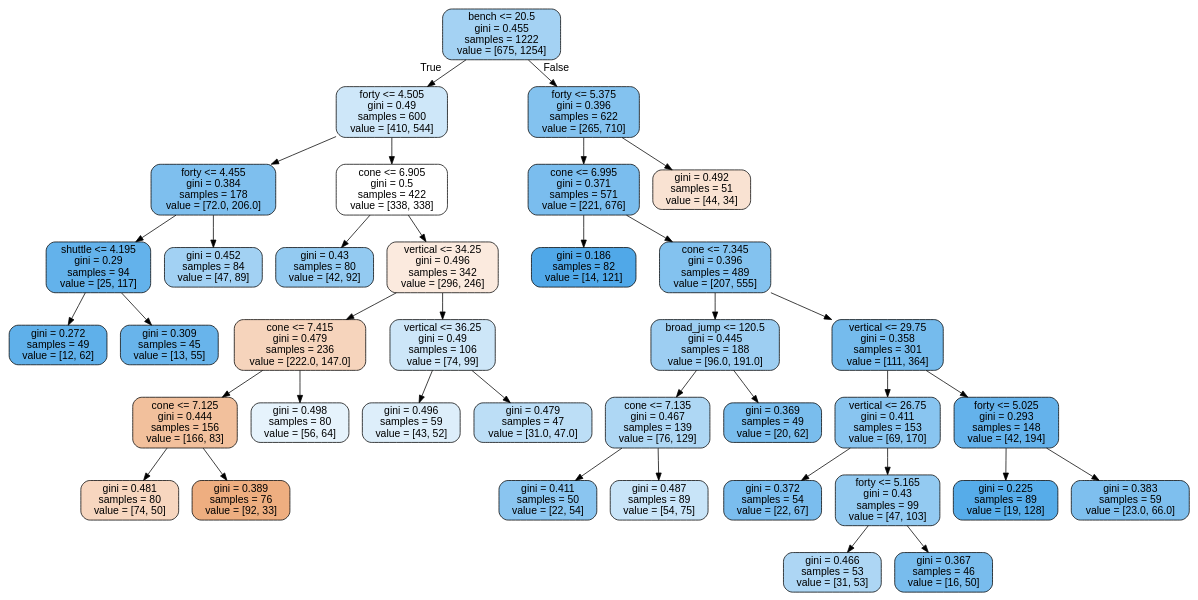
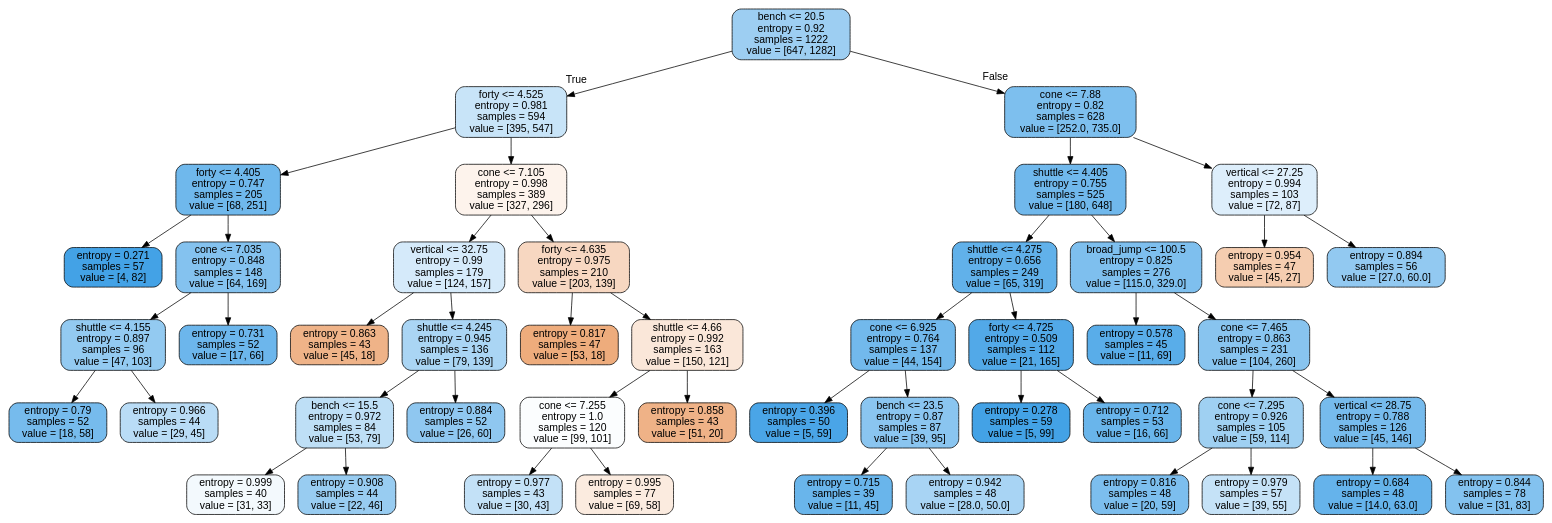
The diagram in randomforesttree.dot (lagisreal89/combine), drawn with Graphviz before and after one commit. The commit also changed 4 other files, not shown here.

```diff
--- a/randomforesttree.dot
+++ b/randomforesttree.dot
@@ -1,77 +1,97 @@
 digraph Tree {
 node [shape=box, style="filled, rounded", color="black", fontname="helvetica"] ;
 edge [fontname="helvetica"] ;
-0 [label="bench <= 20.5\ngini = 0.455\nsamples = 1222\nvalue = [675, 1254]", fillcolor="#a4d2f3"] ;
-1 [label="forty <= 4.505\ngini = 0.49\nsamples = 600\nvalue = [410, 544]", fillcolor="#cee7f9"] ;
+0 [label="bench <= 20.5\nentropy = 0.92\nsamples = 1222\nvalue = [647, 1282]", fillcolor="#9dcef2"] ;
+1 [label="forty <= 4.525\nentropy = 0.981\nsamples = 594\nvalue = [395, 547]", fillcolor="#c8e4f8"] ;
 0 -> 1 [labeldistance=2.5, labelangle=45, headlabel="True"] ;
-3 [label="forty <= 4.455\ngini = 0.384\nsamples = 178\nvalue = [72.0, 206.0]", fillcolor="#7ebfee"] ;
+3 [label="forty <= 4.405\nentropy = 0.747\nsamples = 205\nvalue = [68, 251]", fillcolor="#6fb8ec"] ;
 1 -> 3 ;
-15 [label="shuttle <= 4.195\ngini = 0.29\nsamples = 94\nvalue = [25, 117]", fillcolor="#63b2eb"] ;
-3 -> 15 ;
-35 [label="gini = 0.272\nsamples = 49\nvalue = [12, 62]", fillcolor="#5fb0ea"] ;
-15 -> 35 ;
-36 [label="gini = 0.309\nsamples = 45\nvalue = [13, 55]", fillcolor="#68b4eb"] ;
-15 -> 36 ;
-16 [label="gini = 0.452\nsamples = 84\nvalue = [47, 89]", fillcolor="#a2d1f3"] ;
-3 -> 16 ;
-4 [label="cone <= 6.905\ngini = 0.5\nsamples = 422\nvalue = [338, 338]", fillcolor="#ffffff"] ;
+7 [label="entropy = 0.271\nsamples = 57\nvalue = [4, 82]", fillcolor="#43a2e6"] ;
+3 -> 7 ;
+8 [label="cone <= 7.035\nentropy = 0.848\nsamples = 148\nvalue = [64, 169]", fillcolor="#84c2ef"] ;
+3 -> 8 ;
+37 [label="shuttle <= 4.155\nentropy = 0.897\nsamples = 96\nvalue = [47, 103]", fillcolor="#93caf1"] ;
+8 -> 37 ;
+39 [label="entropy = 0.79\nsamples = 52\nvalue = [18, 58]", fillcolor="#76bbed"] ;
+37 -> 39 ;
+40 [label="entropy = 0.966\nsamples = 44\nvalue = [29, 45]", fillcolor="#b9dcf6"] ;
+37 -> 40 ;
+38 [label="entropy = 0.731\nsamples = 52\nvalue = [17, 66]", fillcolor="#6cb6ec"] ;
+8 -> 38 ;
+4 [label="cone <= 7.105\nentropy = 0.998\nsamples = 389\nvalue = [327, 296]", fillcolor="#fdf3ec"] ;
 1 -> 4 ;
-7 [label="gini = 0.43\nsamples = 80\nvalue = [42, 92]", fillcolor="#93caf1"] ;
-4 -> 7 ;
-8 [label="vertical <= 34.25\ngini = 0.496\nsamples = 342\nvalue = [296, 246]", fillcolor="#fbeade"] ;
-4 -> 8 ;
-9 [label="cone <= 7.415\ngini = 0.479\nsamples = 236\nvalue = [222.0, 147.0]", fillcolor="#f6d4bc"] ;
-8 -> 9 ;
-11 [label="cone <= 7.125\ngini = 0.444\nsamples = 156\nvalue = [166, 83]", fillcolor="#f2c09c"] ;
-9 -> 11 ;
-21 [label="gini = 0.481\nsamples = 80\nvalue = [74, 50]", fillcolor="#f7d6bf"] ;
-11 -> 21 ;
-22 [label="gini = 0.389\nsamples = 76\nvalue = [92, 33]", fillcolor="#eeae80"] ;
-11 -> 22 ;
-12 [label="gini = 0.498\nsamples = 80\nvalue = [56, 64]", fillcolor="#e6f3fc"] ;
-9 -> 12 ;
-10 [label="vertical <= 36.25\ngini = 0.49\nsamples = 106\nvalue = [74, 99]", fillcolor="#cde6f8"] ;
-8 -> 10 ;
-33 [label="gini = 0.496\nsamples = 59\nvalue = [43, 52]", fillcolor="#ddeefa"] ;
-10 -> 33 ;
-34 [label="gini = 0.479\nsamples = 47\nvalue = [31.0, 47.0]", fillcolor="#bcdef6"] ;
-10 -> 34 ;
-2 [label="forty <= 5.375\ngini = 0.396\nsamples = 622\nvalue = [265, 710]", fillcolor="#83c2ef"] ;
+11 [label="vertical <= 32.75\nentropy = 0.99\nsamples = 179\nvalue = [124, 157]", fillcolor="#d5eafa"] ;
+4 -> 11 ;
+13 [label="entropy = 0.863\nsamples = 43\nvalue = [45, 18]", fillcolor="#efb388"] ;
+11 -> 13 ;
+14 [label="shuttle <= 4.245\nentropy = 0.945\nsamples = 136\nvalue = [79, 139]", fillcolor="#aad5f4"] ;
+11 -> 14 ;
+41 [label="bench <= 15.5\nentropy = 0.972\nsamples = 84\nvalue = [53, 79]", fillcolor="#bedff6"] ;
+14 -> 41 ;
+43 [label="entropy = 0.999\nsamples = 40\nvalue = [31, 33]", fillcolor="#f3f9fd"] ;
+41 -> 43 ;
+44 [label="entropy = 0.908\nsamples = 44\nvalue = [22, 46]", fillcolor="#98ccf1"] ;
+41 -> 44 ;
+42 [label="entropy = 0.884\nsamples = 52\nvalue = [26, 60]", fillcolor="#8fc7f0"] ;
+14 -> 42 ;
+12 [label="forty <= 4.635\nentropy = 0.975\nsamples = 210\nvalue = [203, 139]", fillcolor="#f7d7c1"] ;
+4 -> 12 ;
+17 [label="entropy = 0.817\nsamples = 47\nvalue = [53, 18]", fillcolor="#eeac7c"] ;
+12 -> 17 ;
+18 [label="shuttle <= 4.66\nentropy = 0.992\nsamples = 163\nvalue = [150, 121]", fillcolor="#fae7d9"] ;
+12 -> 18 ;
+19 [label="cone <= 7.255\nentropy = 1.0\nsamples = 120\nvalue = [99, 101]", fillcolor="#fbfdfe"] ;
+18 -> 19 ;
+35 [label="entropy = 0.977\nsamples = 43\nvalue = [30, 43]", fillcolor="#c3e1f7"] ;
+19 -> 35 ;
+36 [label="entropy = 0.995\nsamples = 77\nvalue = [69, 58]", fillcolor="#fbebdf"] ;
+19 -> 36 ;
+20 [label="entropy = 0.858\nsamples = 43\nvalue = [51, 20]", fillcolor="#efb287"] ;
+18 -> 20 ;
+2 [label="cone <= 7.88\nentropy = 0.82\nsamples = 628\nvalue = [252.0, 735.0]", fillcolor="#7dbfee"] ;
 0 -> 2 [labeldistance=2.5, labelangle=-45, headlabel="False"] ;
-5 [label="cone <= 6.995\ngini = 0.371\nsamples = 571\nvalue = [221, 676]", fillcolor="#7abdee"] ;
+5 [label="shuttle <= 4.405\nentropy = 0.755\nsamples = 525\nvalue = [180, 648]", fillcolor="#70b8ec"] ;
 2 -> 5 ;
-13 [label="gini = 0.186\nsamples = 82\nvalue = [14, 121]", fillcolor="#50a8e8"] ;
-5 -> 13 ;
-14 [label="cone <= 7.345\ngini = 0.396\nsamples = 489\nvalue = [207, 555]", fillcolor="#83c2ef"] ;
-5 -> 14 ;
-17 [label="broad_jump <= 120.5\ngini = 0.445\nsamples = 188\nvalue = [96.0, 191.0]", fillcolor="#9dcef2"] ;
-14 -> 17 ;
-23 [label="cone <= 7.135\ngini = 0.467\nsamples = 139\nvalue = [76, 129]", fillcolor="#aed7f4"] ;
-17 -> 23 ;
-27 [label="gini = 0.411\nsamples = 50\nvalue = [22, 54]", fillcolor="#8ac5f0"] ;
-23 -> 27 ;
-28 [label="gini = 0.487\nsamples = 89\nvalue = [54, 75]", fillcolor="#c8e4f8"] ;
-23 -> 28 ;
-24 [label="gini = 0.369\nsamples = 49\nvalue = [20, 62]", fillcolor="#79bded"] ;
-17 -> 24 ;
-18 [label="vertical <= 29.75\ngini = 0.358\nsamples = 301\nvalue = [111, 364]", fillcolor="#75bbed"] ;
-14 -> 18 ;
-19 [label="vertical <= 26.75\ngini = 0.411\nsamples = 153\nvalue = [69, 170]", fillcolor="#89c5f0"] ;
-18 -> 19 ;
-29 [label="gini = 0.372\nsamples = 54\nvalue = [22, 67]", fillcolor="#7abdee"] ;
-19 -> 29 ;
-30 [label="forty <= 5.165\ngini = 0.43\nsamples = 99\nvalue = [47, 103]", fillcolor="#93caf1"] ;
-19 -> 30 ;
-31 [label="gini = 0.466\nsamples = 53\nvalue = [31, 53]", fillcolor="#add6f4"] ;
-30 -> 31 ;
-32 [label="gini = 0.367\nsamples = 46\nvalue = [16, 50]", fillcolor="#78bced"] ;
-30 -> 32 ;
-20 [label="forty <= 5.025\ngini = 0.293\nsamples = 148\nvalue = [42, 194]", fillcolor="#64b2eb"] ;
-18 -> 20 ;
-25 [label="gini = 0.225\nsamples = 89\nvalue = [19, 128]", fillcolor="#56ace9"] ;
-20 -> 25 ;
-26 [label="gini = 0.383\nsamples = 59\nvalue = [23.0, 66.0]", fillcolor="#7ebfee"] ;
-20 -> 26 ;
-6 [label="gini = 0.492\nsamples = 51\nvalue = [44, 34]", fillcolor="#f9e2d2"] ;
+15 [label="shuttle <= 4.275\nentropy = 0.656\nsamples = 249\nvalue = [65, 319]", fillcolor="#61b1ea"] ;
+5 -> 15 ;
+23 [label="cone <= 6.925\nentropy = 0.764\nsamples = 137\nvalue = [44, 154]", fillcolor="#72b9ec"] ;
+15 -> 23 ;
+25 [label="entropy = 0.396\nsamples = 50\nvalue = [5, 59]", fillcolor="#4aa5e7"] ;
+23 -> 25 ;
+26 [label="bench <= 23.5\nentropy = 0.87\nsamples = 87\nvalue = [39, 95]", fillcolor="#8ac5f0"] ;
+23 -> 26 ;
+33 [label="entropy = 0.715\nsamples = 39\nvalue = [11, 45]", fillcolor="#69b5eb"] ;
+26 -> 33 ;
+34 [label="entropy = 0.942\nsamples = 48\nvalue = [28.0, 50.0]", fillcolor="#a8d4f4"] ;
+26 -> 34 ;
+24 [label="forty <= 4.725\nentropy = 0.509\nsamples = 112\nvalue = [21, 165]", fillcolor="#52a9e8"] ;
+15 -> 24 ;
+27 [label="entropy = 0.278\nsamples = 59\nvalue = [5, 99]", fillcolor="#43a2e6"] ;
+24 -> 27 ;
+28 [label="entropy = 0.712\nsamples = 53\nvalue = [16, 66]", fillcolor="#69b5eb"] ;
+24 -> 28 ;
+16 [label="broad_jump <= 100.5\nentropy = 0.825\nsamples = 276\nvalue = [115.0, 329.0]", fillcolor="#7ebfee"] ;
+5 -> 16 ;
+21 [label="entropy = 0.578\nsamples = 45\nvalue = [11, 69]", fillcolor="#59ade9"] ;
+16 -> 21 ;
+22 [label="cone <= 7.465\nentropy = 0.863\nsamples = 231\nvalue = [104, 260]", fillcolor="#88c4ef"] ;
+16 -> 22 ;
+29 [label="cone <= 7.295\nentropy = 0.926\nsamples = 105\nvalue = [59, 114]", fillcolor="#9fd0f2"] ;
+22 -> 29 ;
+31 [label="entropy = 0.816\nsamples = 48\nvalue = [20, 59]", fillcolor="#7cbeee"] ;
+29 -> 31 ;
+32 [label="entropy = 0.979\nsamples = 57\nvalue = [39, 55]", fillcolor="#c5e2f7"] ;
+29 -> 32 ;
+30 [label="vertical <= 28.75\nentropy = 0.788\nsamples = 126\nvalue = [45, 146]", fillcolor="#76bbed"] ;
+22 -> 30 ;
+45 [label="entropy = 0.684\nsamples = 48\nvalue = [14.0, 63.0]", fillcolor="#65b3eb"] ;
+30 -> 45 ;
+46 [label="entropy = 0.844\nsamples = 78\nvalue = [31, 83]", fillcolor="#83c2ef"] ;
+30 -> 46 ;
+6 [label="vertical <= 27.25\nentropy = 0.994\nsamples = 103\nvalue = [72, 87]", fillcolor="#ddeefb"] ;
 2 -> 6 ;
+9 [label="entropy = 0.954\nsamples = 47\nvalue = [45, 27]", fillcolor="#f5cdb0"] ;
+6 -> 9 ;
+10 [label="entropy = 0.894\nsamples = 56\nvalue = [27.0, 60.0]", fillcolor="#92c9f1"] ;
+6 -> 10 ;
 }
```
